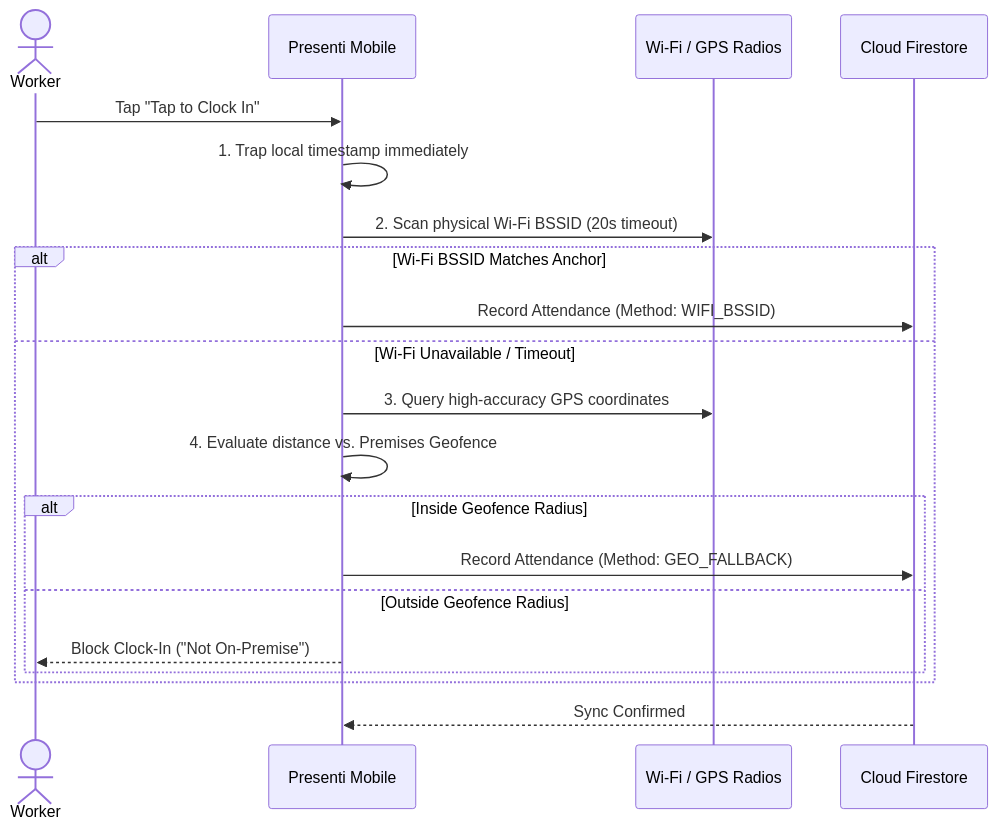
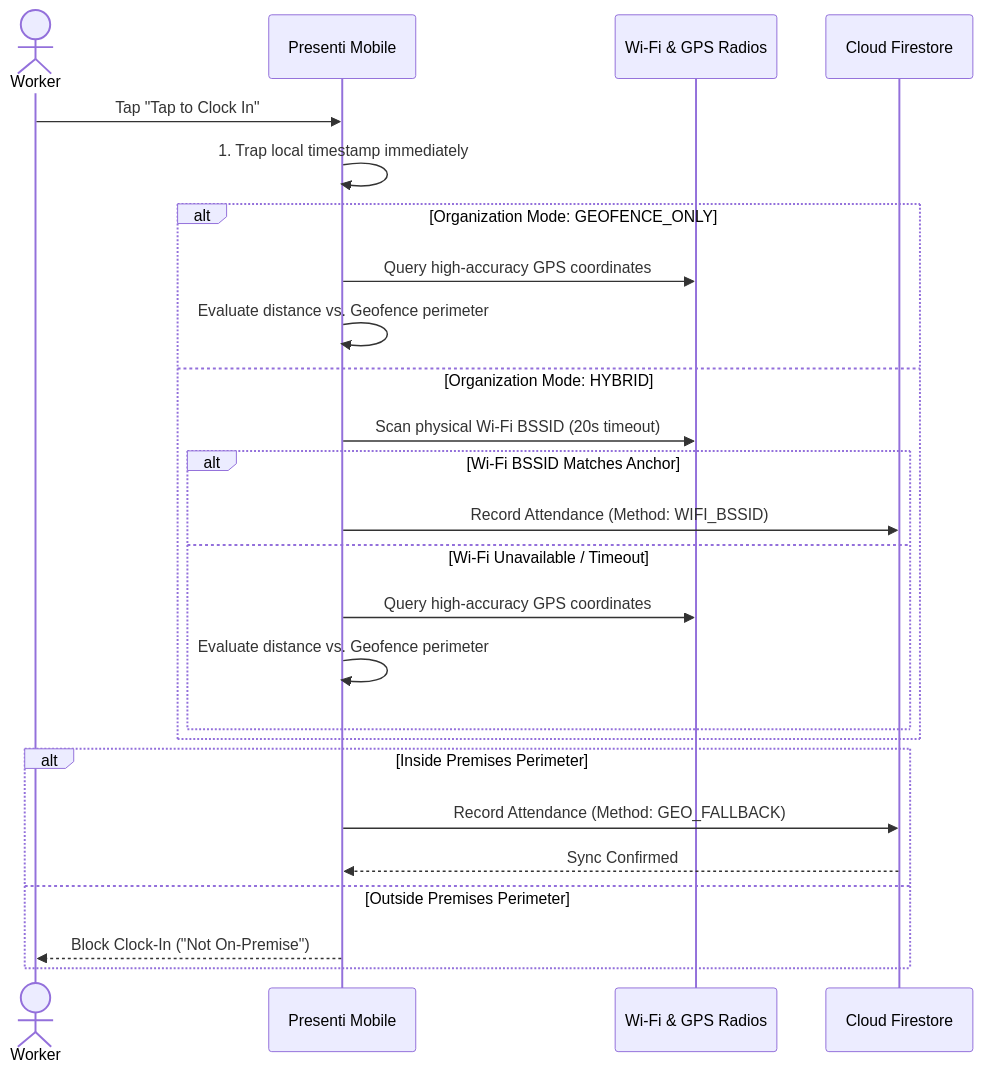
One commit to kachiDeGreat/Presenti-mobile changed the diagram in README.md. Above: the diagram before and after it, drawn with Mermaid. The commit also changed other lines of this file, not shown here.

Commit message:
docs: update README with current dual architecture, EAS builds, and Google SSO

````diff
--- a/README.md
+++ b/README.md
@@ -46,23 +52,28 @@
 ```mermaid
 sequenceDiagram
     actor Worker
     participant Mobile as Presenti Mobile
-    participant Hardware as Wi-Fi / GPS Radios
+    participant Radios as Wi-Fi & GPS Radios
     participant Cloud as Cloud Firestore
 
     Worker->>Mobile: Tap "Tap to Clock In"
     Mobile->>Mobile: 1. Trap local timestamp immediately
-    Mobile->>Hardware: 2. Scan physical Wi-Fi BSSID (20s timeout)
-    alt Wi-Fi BSSID Matches Anchor
-        Mobile->>Cloud: Record Attendance (Method: WIFI_BSSID)
-    else Wi-Fi Unavailable / Timeout
-        Mobile->>Hardware: 3. Query high-accuracy GPS coordinates
-        Mobile->>Mobile: 4. Evaluate distance vs. Premises Geofence
-        alt Inside Geofence Radius
-            Mobile->>Cloud: Record Attendance (Method: GEO_FALLBACK)
-        else Outside Geofence Radius
-            Mobile-->>Worker: Block Clock-In ("Not On-Premise")
+    alt Organization Mode: GEOFENCE_ONLY
+        Mobile->>Radios: Query high-accuracy GPS coordinates
+        Mobile->>Mobile: Evaluate distance vs. Geofence perimeter
+    else Organization Mode: HYBRID
+        Mobile->>Radios: Scan physical Wi-Fi BSSID (20s timeout)
+        alt Wi-Fi BSSID Matches Anchor
+            Mobile->>Cloud: Record Attendance (Method: WIFI_BSSID)
+        else Wi-Fi Unavailable / Timeout
+            Mobile->>Radios: Query high-accuracy GPS coordinates
+            Mobile->>Mobile: Evaluate distance vs. Geofence perimeter
         end
     end
-    Cloud-->>Mobile: Sync Confirmed
+    alt Inside Premises Perimeter
+        Mobile->>Cloud: Record Attendance (Method: GEO_FALLBACK)
+        Cloud-->>Mobile: Sync Confirmed
+    else Outside Premises Perimeter
+        Mobile-->>Worker: Block Clock-In ("Not On-Premise")
+    end
 ```
````
